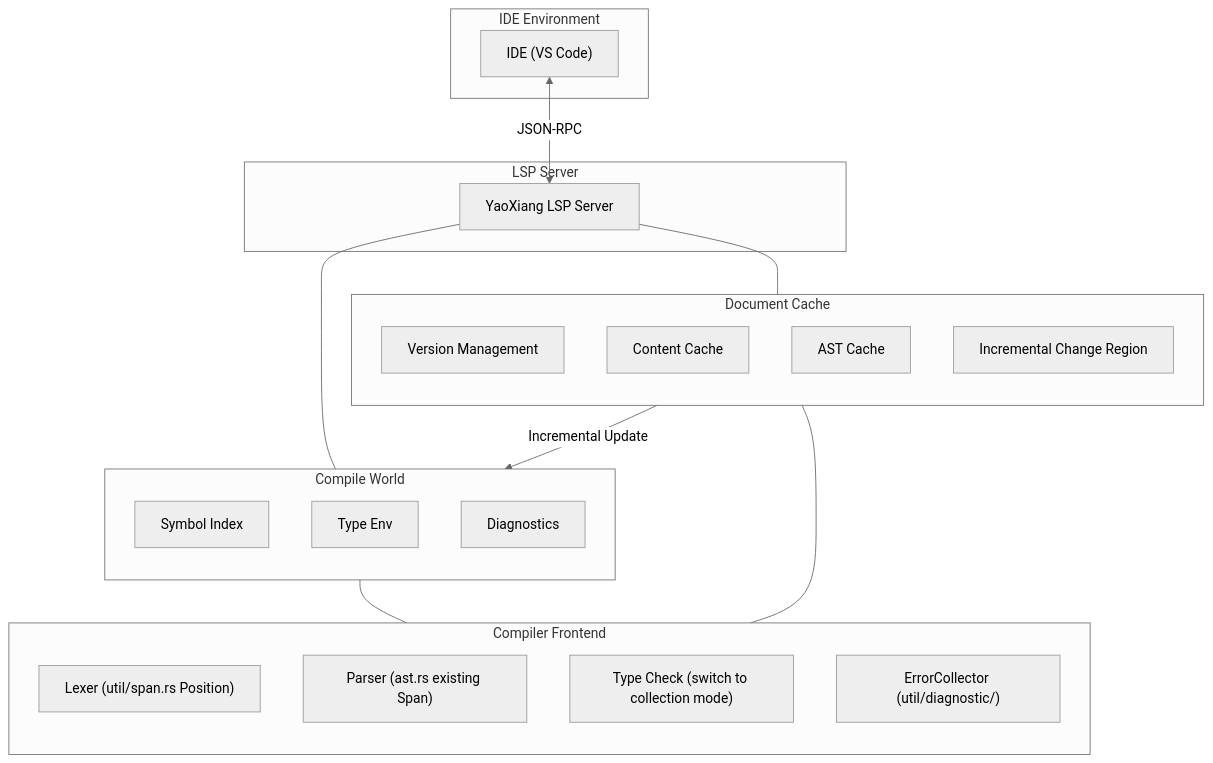
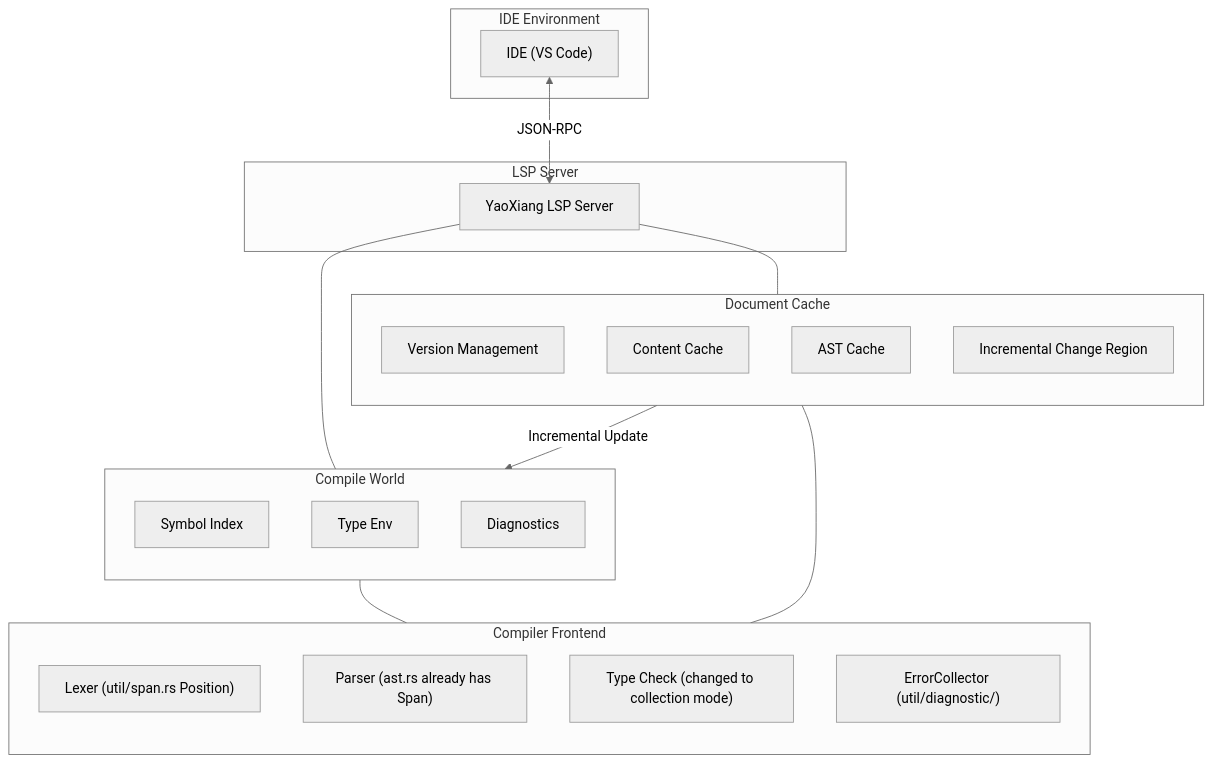
Before and after one commit to ChenXu233/YaoXiang: the diagram in docs/src/en/design/rfc/accepted/017-lsp-support.md, drawn with Mermaid (neutral theme). The commit also changed other lines of this file and 392 other files, not shown here.

````diff
--- a/docs/src/en/design/rfc/accepted/017-lsp-support.md
+++ b/docs/src/en/design/rfc/accepted/017-lsp-support.md
@@ -156,43 +149,43 @@
 ```mermaid
 flowchart TD
     subgraph IDE_Environment [IDE Environment]
         IDE["IDE (VS Code)"]
     end
 
     subgraph LSP_Server [LSP Server]
         LSP["YaoXiang LSP Server"]
     end
 
     subgraph World_Compile [Compile World]
         direction TB
         W_Symbol["Symbol Index"]
         W_Type["Type Env"]
         W_Diag["Diagnostics"]
     end
 
     subgraph Cache [Document Cache]
         direction TB
         C_Version["Version Management"]
         C_Content["Content Cache"]
         C_AST["AST Cache"]
         C_Delta["Incremental Change Region"]
     end
 
     subgraph Frontend [Compiler Frontend]
         direction TB
         F_Lexer["Lexer (util/span.rs Position)"]
-        F_Parser["Parser (ast.rs existing Span)"]
-        F_TypeCheck["Type Check (switch to collection mode)"]
+        F_Parser["Parser (ast.rs already has Span)"]
+        F_TypeCheck["Type Check (changed to collection mode)"]
         F_ErrorCollector["ErrorCollector (util/diagnostic/)"]
     end
 
     IDE <-->|JSON-RPC| LSP
 
     LSP --- World_Compile
     LSP --- Cache
 
     Cache -- "Incremental Update" --> World_Compile
 
     World_Compile --- Frontend
     Cache --- Frontend
 ```
````
